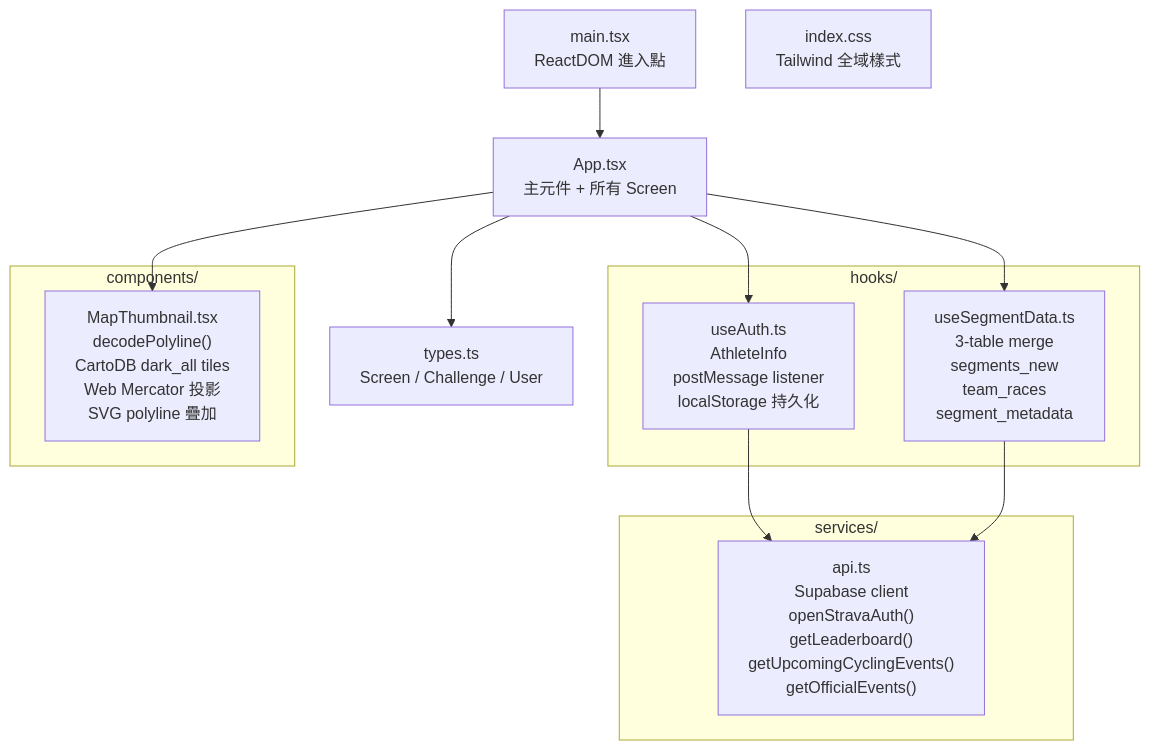
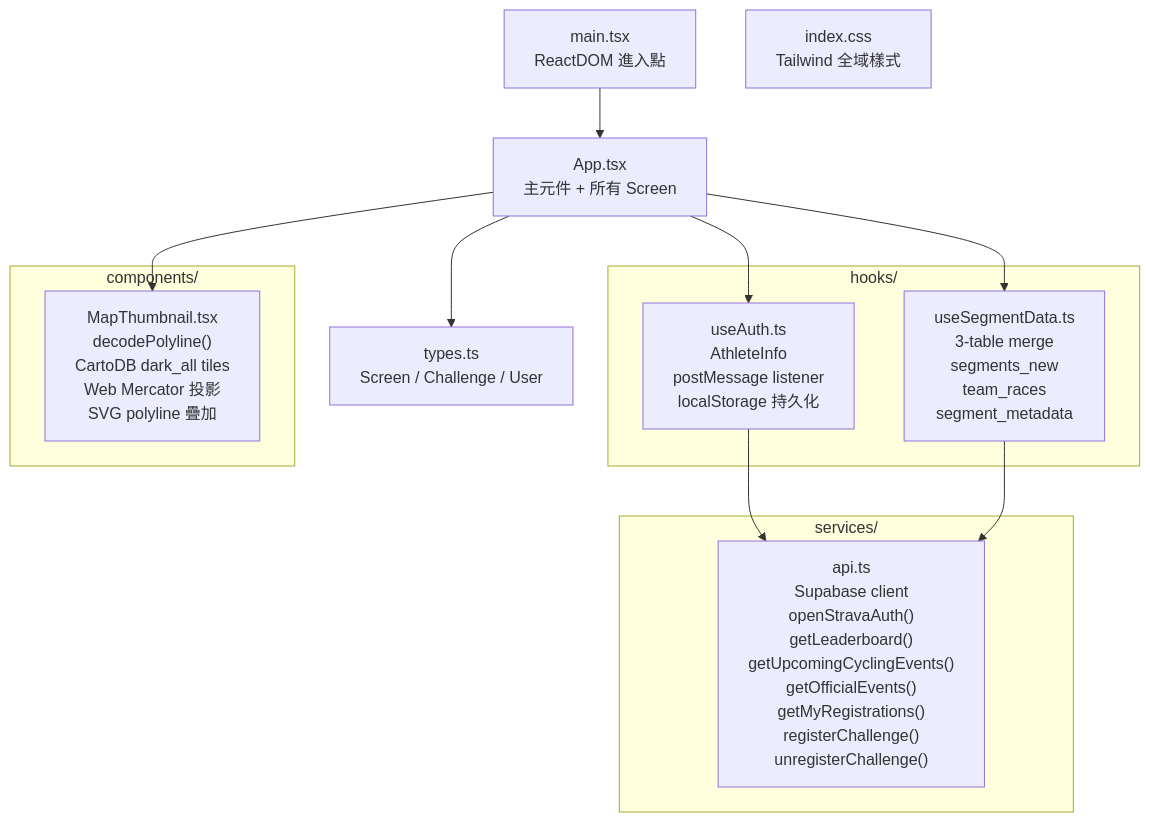
One commit to TCUnion/Sitich-TCU- changed the diagram in CLAUDE.md. Above: the diagram before and after it, drawn with Mermaid. The commit also changed other lines of this file, not shown here.

Commit message:
docs: 更新 CLAUDE.md（registrations 表欄位、env 變數、API 函式）

````diff
--- a/CLAUDE.md
+++ b/CLAUDE.md
@@ -86,28 +91,28 @@
 ```mermaid
 graph TD
   App["App.tsx<br/>主元件 + 所有 Screen"]
   Types["types.ts<br/>Screen / Challenge / User"]
   Main["main.tsx<br/>ReactDOM 進入點"]
   CSS["index.css<br/>Tailwind 全域樣式"]
 
   subgraph services["services/"]
-    API["api.ts<br/>Supabase client<br/>openStravaAuth()<br/>getLeaderboard()<br/>getUpcomingCyclingEvents()<br/>getOfficialEvents()"]
+    API["api.ts<br/>Supabase client<br/>openStravaAuth()<br/>getLeaderboard()<br/>getUpcomingCyclingEvents()<br/>getOfficialEvents()<br/>getMyRegistrations()<br/>registerChallenge()<br/>unregisterChallenge()"]
   end
 
   subgraph hooks["hooks/"]
     UseAuth["useAuth.ts<br/>AthleteInfo<br/>postMessage listener<br/>localStorage 持久化"]
     UseSegment["useSegmentData.ts<br/>3-table merge<br/>segments_new<br/>team_races<br/>segment_metadata"]
   end
 
   subgraph components["components/"]
     Map["MapThumbnail.tsx<br/>decodePolyline()<br/>CartoDB dark_all tiles<br/>Web Mercator 投影<br/>SVG polyline 疊加"]
   end
 
   App --> Types
   App --> UseAuth
   App --> UseSegment
   App --> Map
   UseAuth --> API
   UseSegment --> API
   Main --> App
 ```
````
